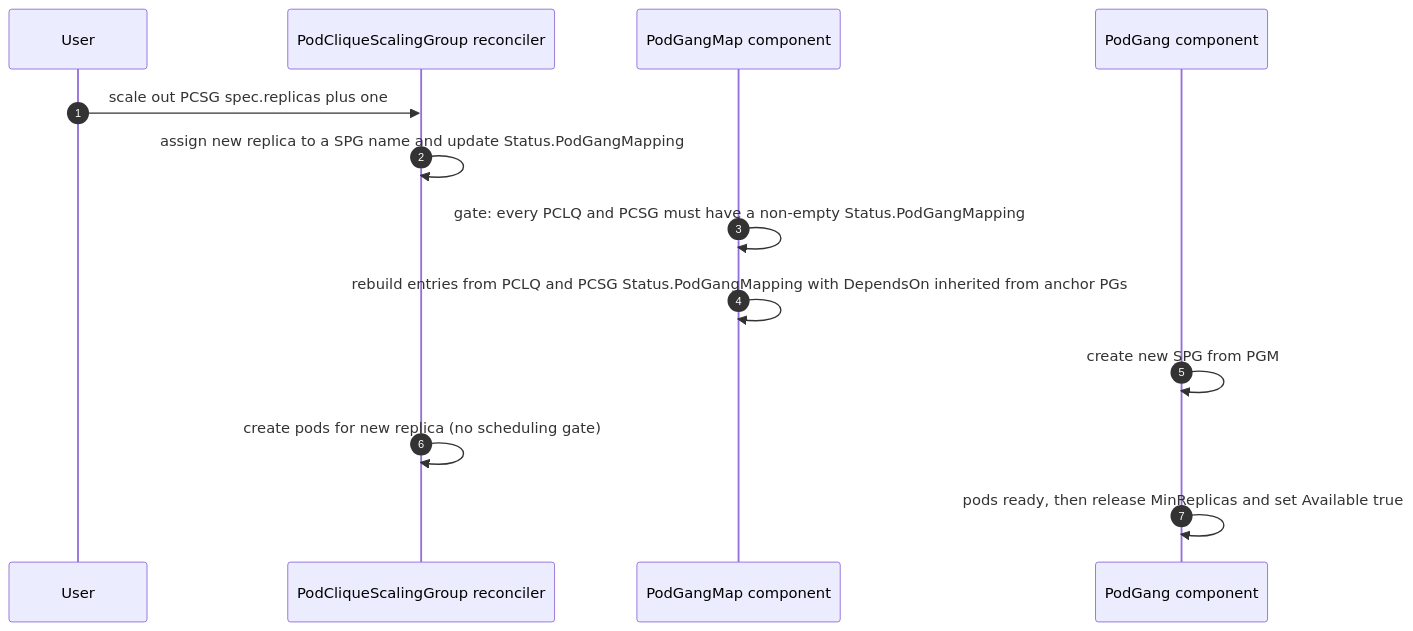
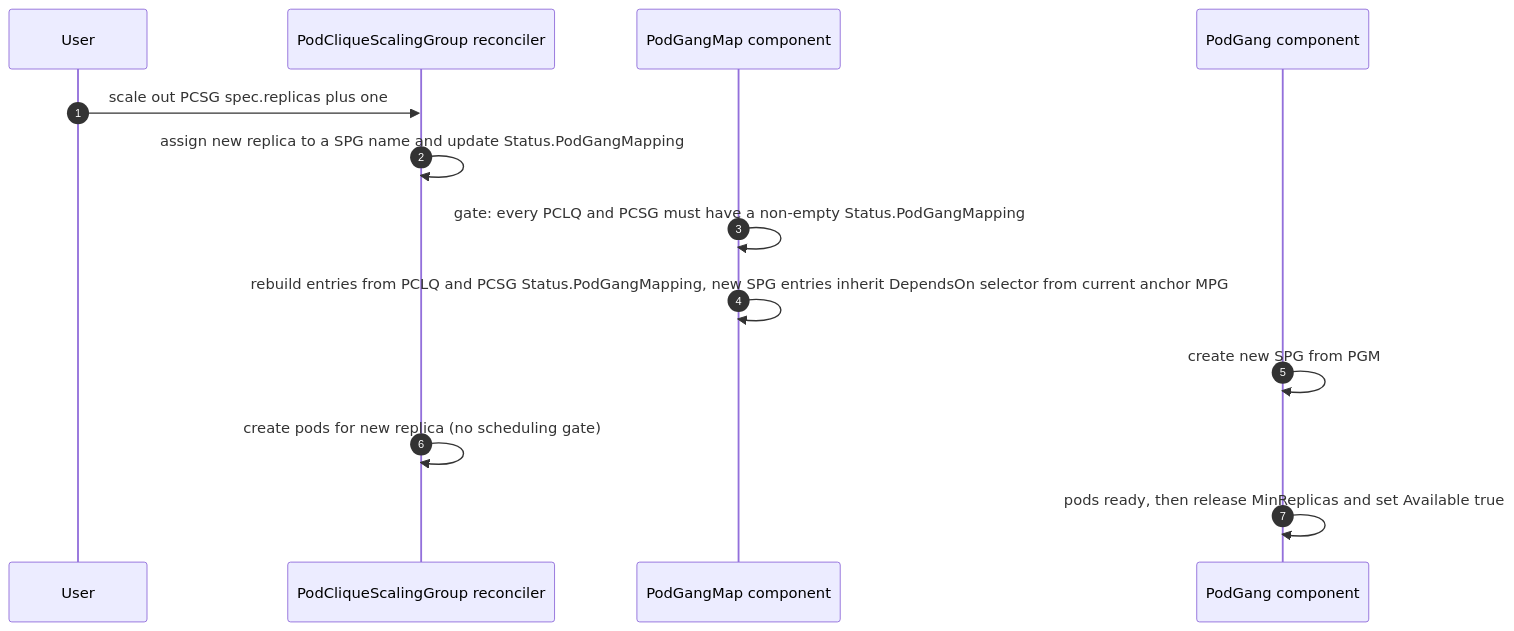
The third of 5 diagrams in docs/proposals/393-coherent-rolling-updates/README.md (ai-dynamo/grove), drawn with Mermaid before and after one commit. The commit also changed other lines of this file, not shown here.

First line of the commit message:
docs(GREP-393): redesign PodGang generation algorithm and DependsOn

````diff
--- a/docs/proposals/393-coherent-rolling-updates/README.md
+++ b/docs/proposals/393-coherent-rolling-updates/README.md
@@ -492,16 +586,16 @@
 ```mermaid
 sequenceDiagram
   autonumber
   participant User
   participant PCSG as PodCliqueScalingGroup reconciler
   participant PGM as PodGangMap component
   participant PG as PodGang component
 
   User->>PCSG: scale out PCSG spec.replicas plus one
   PCSG->>PCSG: assign new replica to a SPG name and update Status.PodGangMapping
   PGM->>PGM: gate: every PCLQ and PCSG must have a non-empty Status.PodGangMapping
-  PGM->>PGM: rebuild entries from PCLQ and PCSG Status.PodGangMapping with DependsOn inherited from anchor PGs
+  PGM->>PGM: rebuild entries from PCLQ and PCSG Status.PodGangMapping, new SPG entries inherit DependsOn selector from current anchor MPG
   PG->>PG: create new SPG from PGM
   PCSG->>PCSG: create pods for new replica (no scheduling gate)
   PG->>PG: pods ready, then release MinReplicas and set Available true
 ```
````
